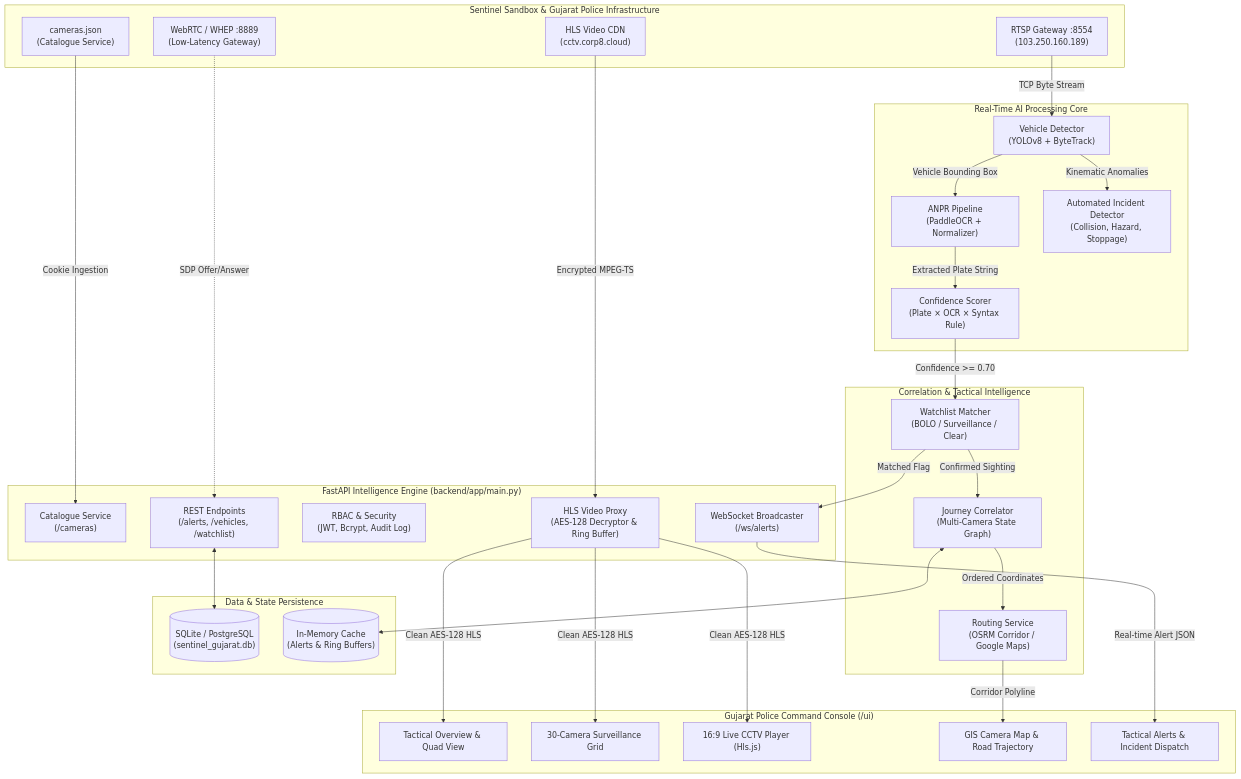
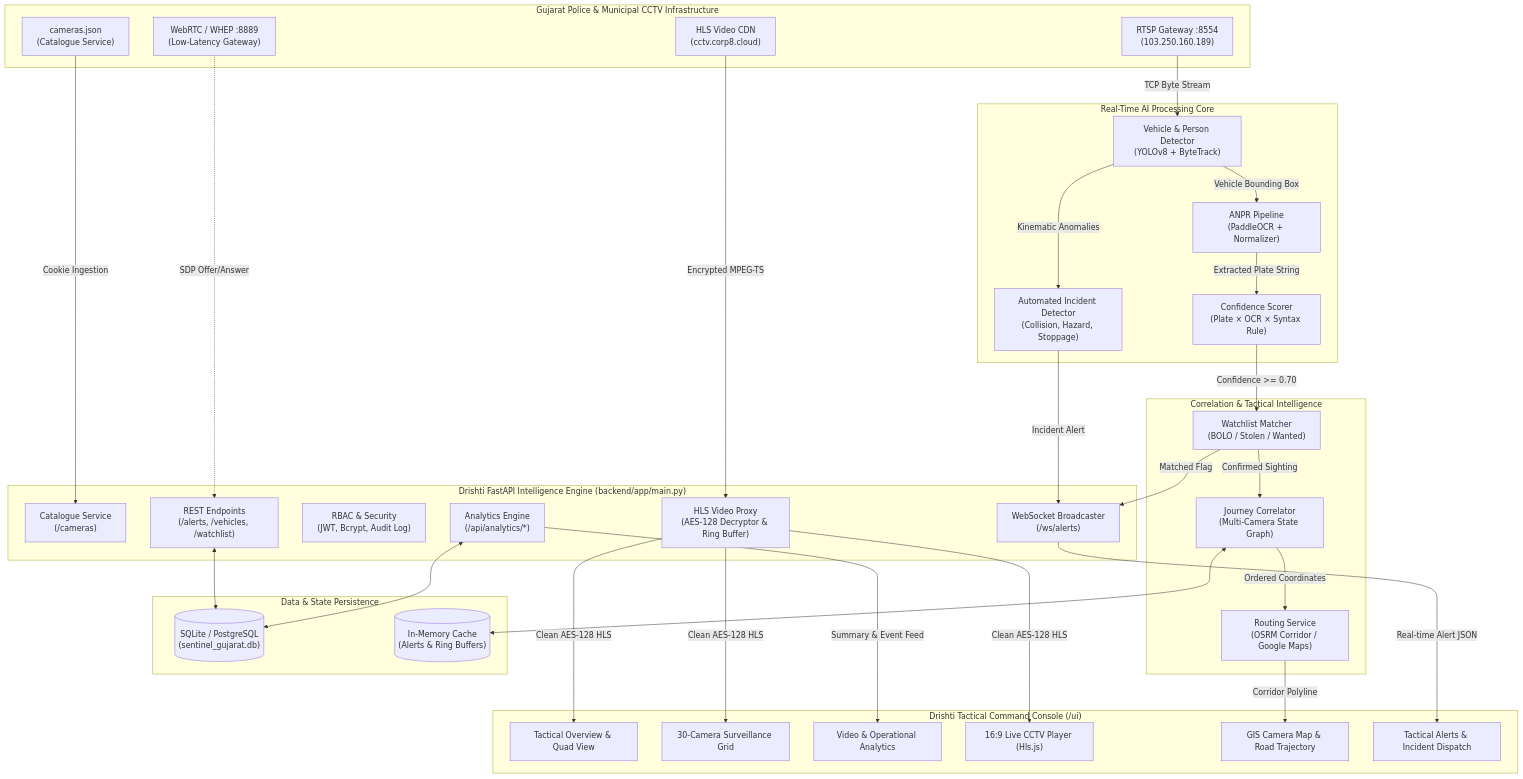
The first of 4 diagrams in README.md (MazedOut/Sentinel_Gujarat_CCTV_Platform), drawn with Mermaid before and after one commit. The commit also changed other lines of this file and 12 other files, not shown here.

Commit message:
feat: rebrand to Drishti, add video analytics, resilient HLS streams, and fix pipeline scripts

````diff
--- a/README.md
+++ b/README.md
@@ -78,65 +97,70 @@
 ```mermaid
 flowchart TD
-    subgraph EXTERNAL["Sentinel Sandbox & Gujarat Police Infrastructure"]
+    subgraph EXTERNAL["Gujarat Police & Municipal CCTV Infrastructure"]
         CAT["cameras.json\n(Catalogue Service)"]
         RTSP["RTSP Gateway :8554\n(103.250.160.189)"]
         HLS_CDN["HLS Video CDN\n(cctv.corp8.cloud)"]
         WHEP_GW["WebRTC / WHEP :8889\n(Low-Latency Gateway)"]
     end
 
-    subgraph BACKEND["FastAPI Intelligence Engine (backend/app/main.py)"]
+    subgraph BACKEND["Drishti FastAPI Intelligence Engine (backend/app/main.py)"]
         CAT_SVC["Catalogue Service\n(/cameras)"]
         PROXY["HLS Video Proxy\n(AES-128 Decryptor & Ring Buffer)"]
         AUTH_SVC["RBAC & Security\n(JWT, Bcrypt, Audit Log)"]
+        ANALYTICS_SVC["Analytics Engine\n(/api/analytics/*)"]
         REST_API["REST Endpoints\n(/alerts, /vehicles, /watchlist)"]
         WS_HUB["WebSocket Broadcaster\n(/ws/alerts)"]
     end
 
     subgraph AI_PIPELINE["Real-Time AI Processing Core"]
-        YOLO["Vehicle Detector\n(YOLOv8 + ByteTrack)"]
+        YOLO["Vehicle & Person Detector\n(YOLOv8 + ByteTrack)"]
         OCR["ANPR Pipeline\n(PaddleOCR + Normalizer)"]
         SCORER["Confidence Scorer\n(Plate × OCR × Syntax Rule)"]
         AID["Automated Incident Detector\n(Collision, Hazard, Stoppage)"]
     end
 
     subgraph INTEL_ENGINE["Correlation & Tactical Intelligence"]
-        WL["Watchlist Matcher\n(BOLO / Surveillance / Clear)"]
+        WL["Watchlist Matcher\n(BOLO / Stolen / Wanted)"]
         CORR["Journey Correlator\n(Multi-Camera State Graph)"]
         ROUTING["Routing Service\n(OSRM Corridor / Google Maps)"]
     end
 
     subgraph STORAGE["Data & State Persistence"]
         SQLITE[("SQLite / PostgreSQL\n(sentinel_gujarat.db)")]
         MEM_CACHE[("In-Memory Cache\n(Alerts & Ring Buffers)")]
     end
 
-    subgraph OPERATOR["Gujarat Police Command Console (/ui)"]
+    subgraph OPERATOR["Drishti Tactical Command Console (/ui)"]
         OVERVIEW["Tactical Overview & Quad View"]
         WALL["30-Camera Surveillance Grid"]
+        ANALYTICS_UI["Video & Operational Analytics"]
         MODAL["16:9 Live CCTV Player (Hls.js)"]
         GIS_MAP["GIS Camera Map & Road Trajectory"]
         ALERTS_PANEL["Tactical Alerts & Incident Dispatch"]
     end
 
     CAT -->|"Cookie Ingestion"| CAT_SVC
     HLS_CDN -->|"Encrypted MPEG-TS"| PROXY
     RTSP -->|"TCP Byte Stream"| YOLO
     WHEP_GW -.->|"SDP Offer/Answer"| REST_API
 
     YOLO -->|"Vehicle Bounding Box"| OCR
     OCR -->|"Extracted Plate String"| SCORER
     SCORER -->|"Confidence >= 0.70"| WL
     WL -->|"Matched Flag"| WS_HUB
     WL -->|"Confirmed Sighting"| CORR
     YOLO -->|"Kinematic Anomalies"| AID
+    AID -->|"Incident Alert"| WS_HUB
 
     CORR -->|"Ordered Coordinates"| ROUTING
     REST_API <--> SQLITE
+    ANALYTICS_SVC <--> SQLITE
     CORR <--> MEM_CACHE
 
     PROXY -->|"Clean AES-128 HLS"| MODAL
     PROXY -->|"Clean AES-128 HLS"| WALL
     PROXY -->|"Clean AES-128 HLS"| OVERVIEW
     WS_HUB -->|"Real-time Alert JSON"| ALERTS_PANEL
+    ANALYTICS_SVC -->|"Summary & Event Feed"| ANALYTICS_UI
     ROUTING -->|"Corridor Polyline"| GIS_MAP
 ```
````
